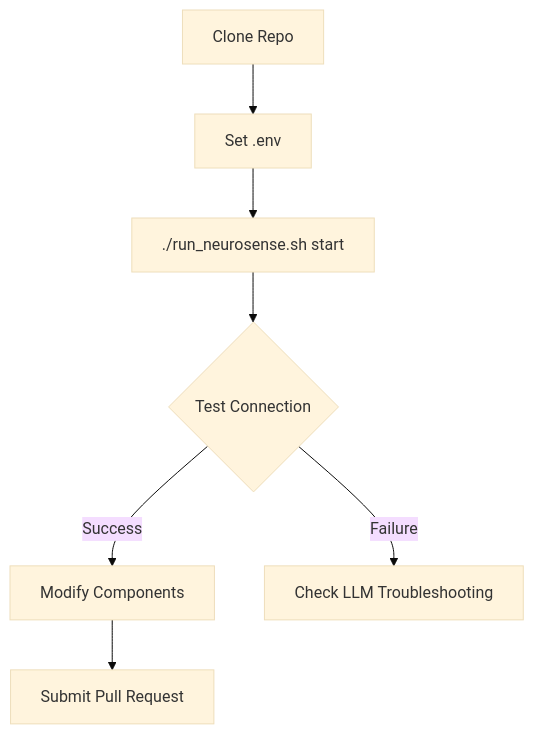
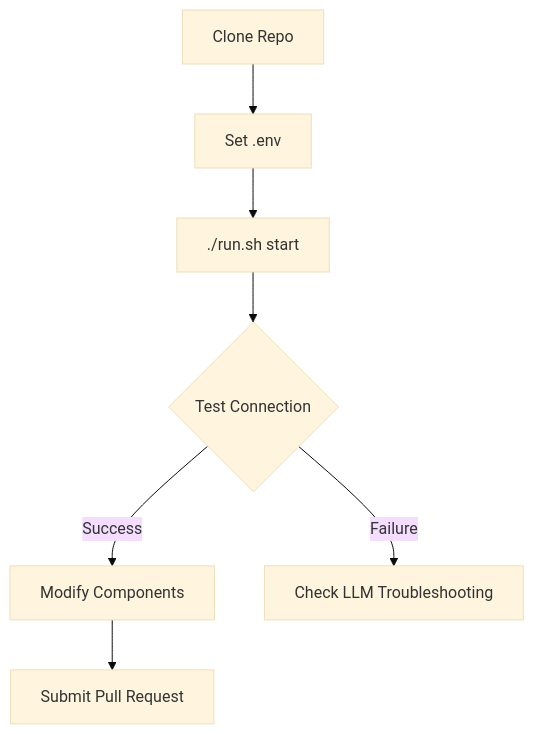
Before and after one commit to timmye/neurosensefx: the diagram in LLM_DEVELOPER_GUIDE.md, drawn with Mermaid (base theme). The commit also changed other lines of this file and 4 other files, not shown here.

````diff
--- a/LLM_DEVELOPER_GUIDE.md
+++ b/LLM_DEVELOPER_GUIDE.md
@@ -109,9 +109,9 @@
 ```mermaid
 graph TD
     A[Clone Repo] --> B[Set .env]
-    B --> C[./run_neurosense.sh start]
+    B --> C[./run.sh start]
     C --> D{Test Connection}
     D -->|Success| E[Modify Components]
     D -->|Failure| F[Check LLM Troubleshooting]
     E --> G[Submit Pull Request]
 ```
````
